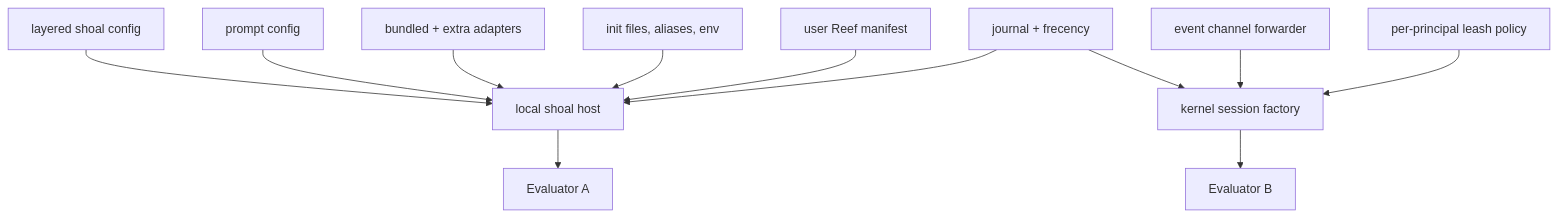
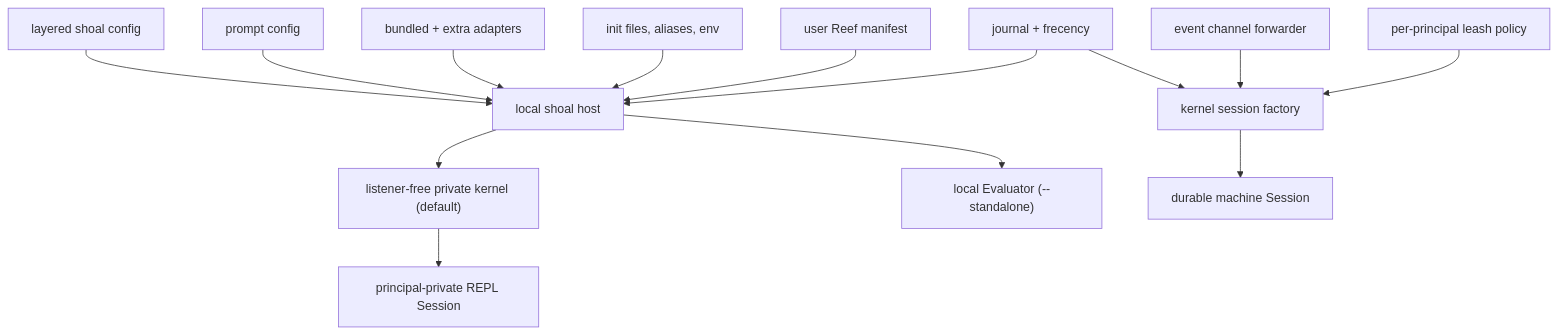
Before and after one commit to alliecatowo/shoal: the fifth of 5 diagrams in site/content/internals/system-map.md, drawn with Mermaid. The commit also changed other lines of this file and 17 other files, not shown here.

````diff
--- a/site/content/internals/system-map.md
+++ b/site/content/internals/system-map.md
@@ -206,18 +208,20 @@
 ```mermaid
 flowchart TD
-accTitle: Two host paths, not yet full parity
-accDescr: Shows the components and relationships described in Two host paths, not yet full parity.
+accTitle: Private-kernel default and standalone path
+accDescr: Shows the default isolated private kernel, the explicit local evaluator, and the separate durable machine kernel.
   Config["layered shoal config"] --> CLI["local shoal host"]
   Prompt["prompt config"] --> CLI
   Bundled["bundled + extra adapters"] --> CLI
   Init["init files, aliases, env"] --> CLI
   UserReef["user Reef manifest"] --> CLI
   Journal["journal + frecency"] --> CLI
 
   Journal --> Kernel["kernel session factory"]
   Channel["event channel forwarder"] --> Kernel
   Policy["per-principal leash policy"] --> Kernel
 
-  CLI --> EvalA["Evaluator A"]
-  Kernel --> EvalB["Evaluator B"]
+  CLI --> Private["listener-free private kernel (default)"]
+  CLI --> EvalA["local Evaluator (--standalone)"]
+  Private --> EvalP["principal-private REPL Session"]
+  Kernel --> EvalB["durable machine Session"]
 ```
````
